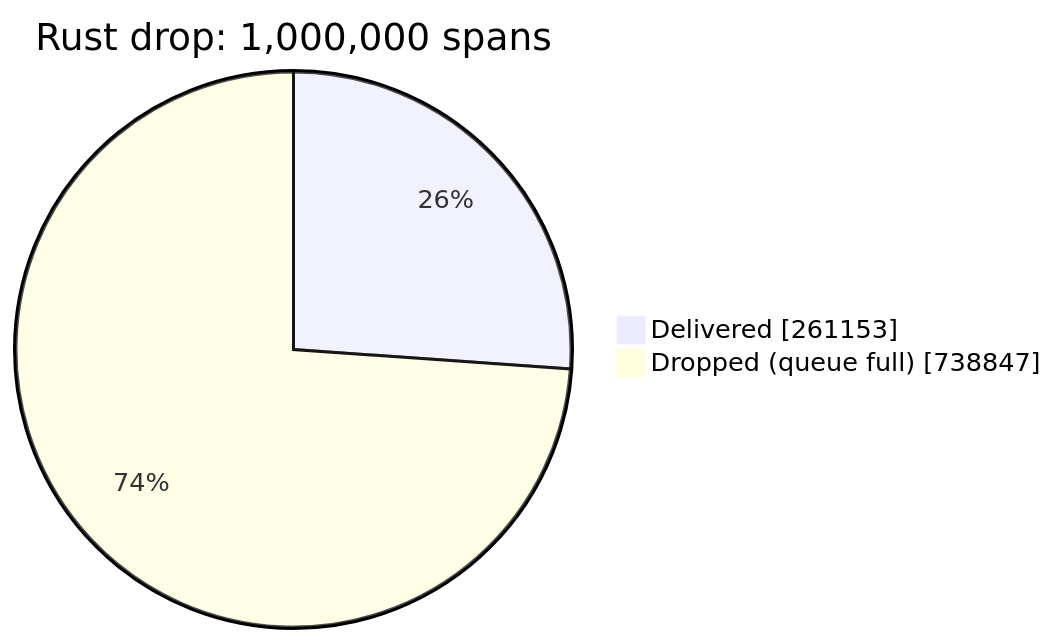
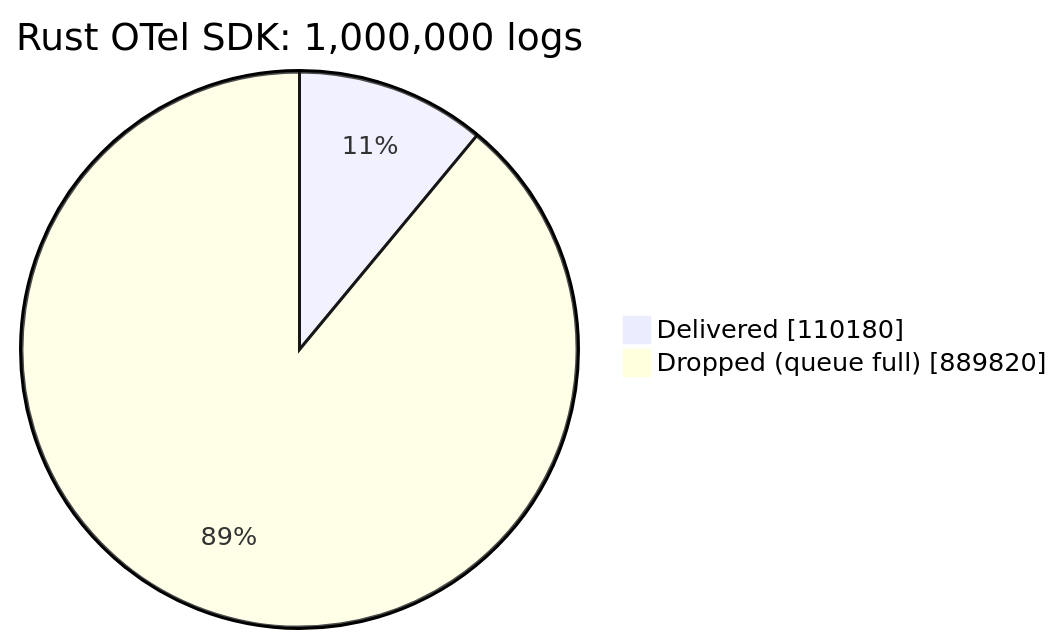
One commit to the-protobuf-project/telemetry changed diagram 18 of 22 in docs/BENCHMARKS.md. Above: the diagram before and after it, drawn with Mermaid. The commit also changed other lines of this file and 41 other files, not shown here.

````diff
--- a/docs/BENCHMARKS.md
+++ b/docs/BENCHMARKS.md
@@ -137,5 +278,5 @@
 ```mermaid
-pie showData title Rust drop: 1,000,000 spans
-    "Delivered" : 261153
-    "Dropped (queue full)" : 738847
+pie showData title Rust OTel SDK: 1,000,000 logs
+    "Delivered" : 110180
+    "Dropped (queue full)" : 889820
 ```
````
